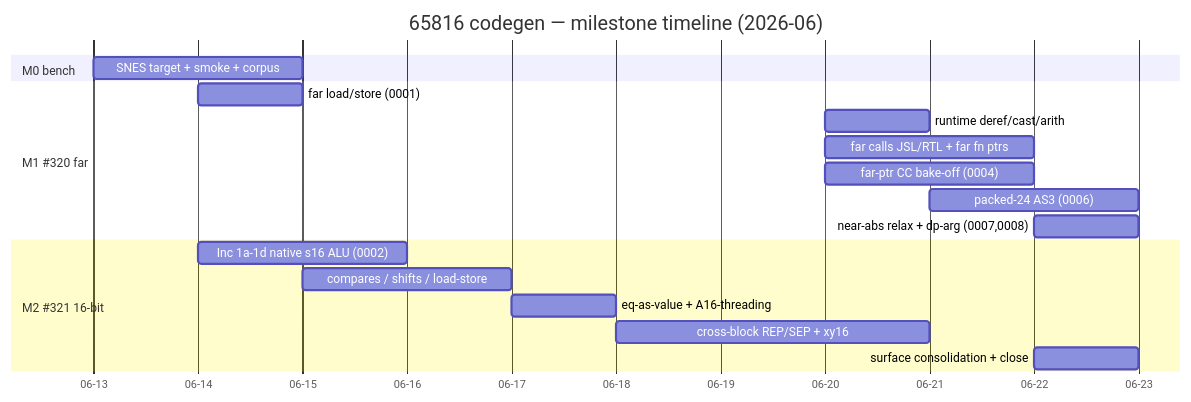
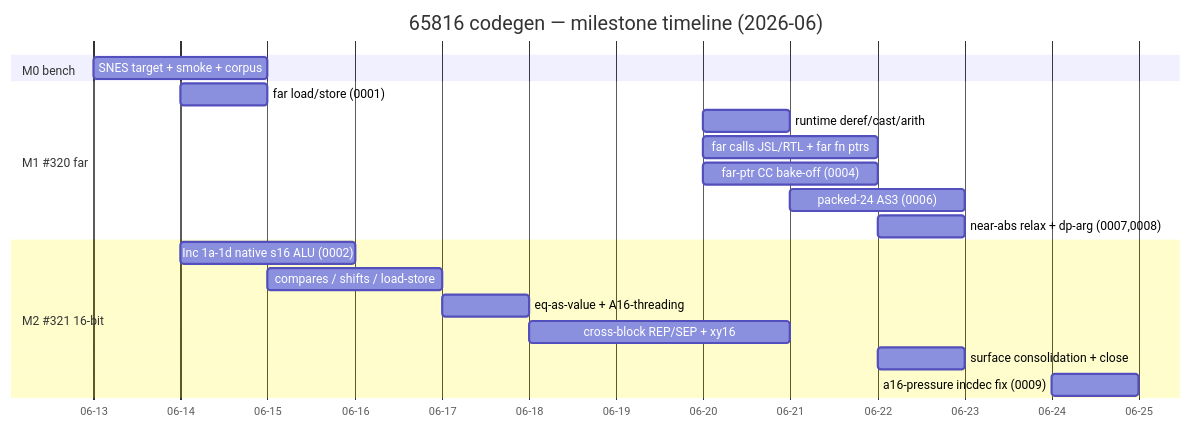
Before and after one commit to wbniv/llvm-mos-65816: the fourth of 5 diagrams in docs/65816-patch-series-review-guide.md, drawn with Mermaid. The commit also changed other lines of this file, not shown here.

````diff
--- a/docs/65816-patch-series-review-guide.md
+++ b/docs/65816-patch-series-review-guide.md
@@ -230,24 +237,25 @@
 ```mermaid
 gantt
     title 65816 codegen — milestone timeline (2026-06)
     dateFormat YYYY-MM-DD
     axisFormat %m-%d
 
     section M0 bench
     SNES target + smoke + corpus        :m0, 2026-06-13, 2d
 
     section M1 #320 far
     far load/store (0001)               :2026-06-14, 1d
     runtime deref/cast/arith            :2026-06-20, 1d
     far calls JSL/RTL + far fn ptrs     :2026-06-20, 2d
     far-ptr CC bake-off (0004)          :2026-06-20, 2d
     packed-24 AS3 (0006)                :2026-06-21, 2d
     near-abs relax + dp-arg (0007,0008) :2026-06-22, 1d
 
     section M2 #321 16-bit
     Inc 1a-1d native s16 ALU (0002)     :2026-06-14, 2d
     compares / shifts / load-store      :2026-06-15, 2d
     eq-as-value + A16-threading         :2026-06-17, 1d
     cross-block REP/SEP + xy16          :2026-06-18, 3d
     surface consolidation + close       :2026-06-22, 1d
+    a16-pressure incdec fix (0009)      :2026-06-24, 1d
 ```
````
